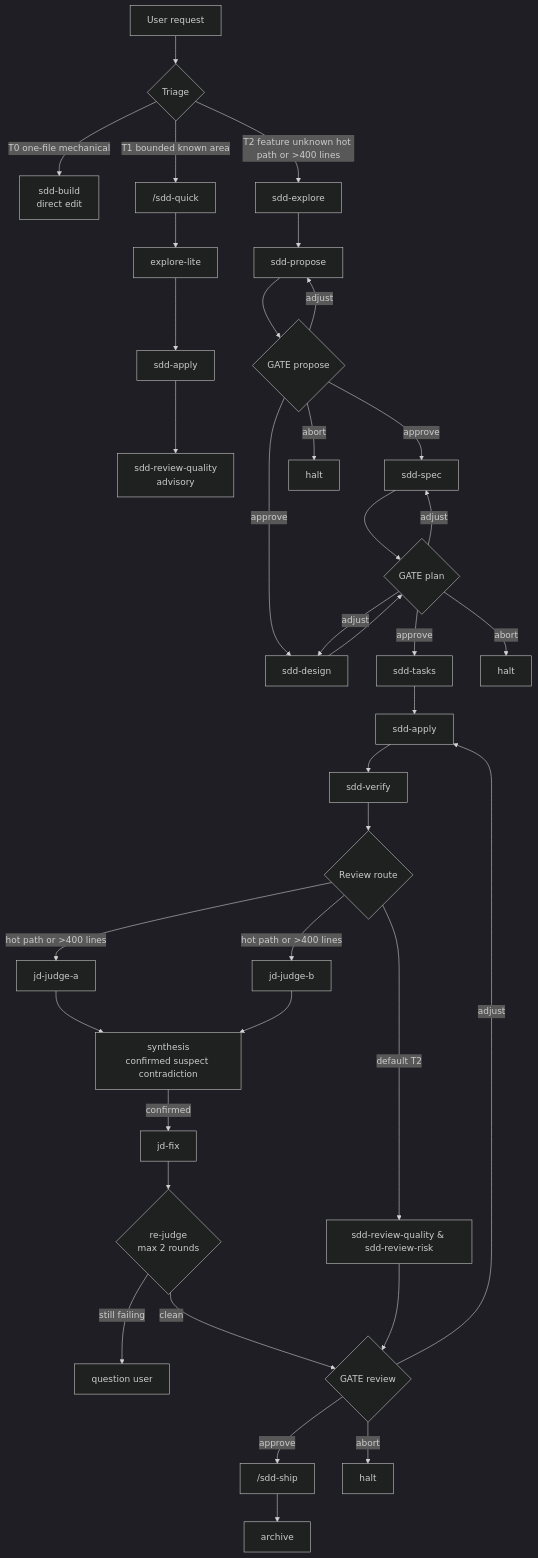
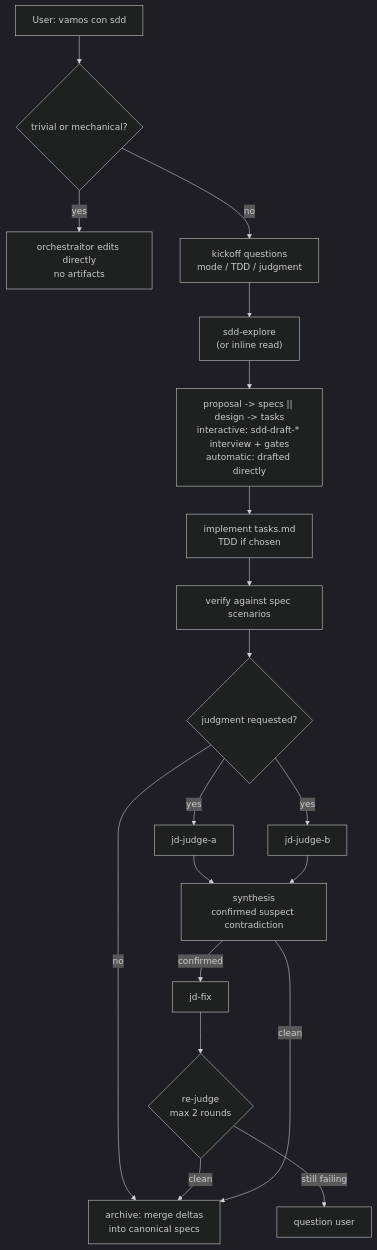
The second of 6 diagrams in docs/harness-flow-map.md (andresnator/agents-orchestrator), drawn with Mermaid (dark theme) before and after one commit. The commit also changed other lines of this file and 41 other files, not shown here.

````diff
--- a/docs/harness-flow-map.md
+++ b/docs/harness-flow-map.md
@@ -114,38 +103,22 @@
 ```mermaid
 flowchart TD
-  Request["User request"] --> Triage{"Triage"}
-  Triage -->|T0 one-file mechanical| T0["sdd-build<br/>direct edit"]
-  Triage -->|T1 bounded known area| T1["/sdd-quick"]
-  Triage -->|T2 feature unknown hot path or >400 lines| Explore["sdd-explore"]
+  Request["User: vamos con sdd"] --> Trivial{"trivial or mechanical?"}
+  Trivial -->|yes| Direct["orchestraitor edits directly<br/>no artifacts"]
+  Trivial -->|no| Kickoff["kickoff questions<br/>mode / TDD / judgment"]
 
-  T1 --> ExploreLite["explore-lite"] --> ApplyLite["sdd-apply"] --> Advisory["sdd-review-quality<br/>advisory"]
-
-  Explore --> Propose["sdd-propose"] --> GatePropose{"GATE propose"}
-  GatePropose -->|approve| Spec["sdd-spec"]
-  GatePropose -->|approve| Design["sdd-design"]
-  GatePropose -->|adjust| Propose
-  GatePropose -->|abort| Stop1["halt"]
-
-  Spec --> GatePlan{"GATE plan"}
-  Design --> GatePlan
-  GatePlan -->|approve| Tasks["sdd-tasks"]
-  GatePlan -->|adjust| Spec
-  GatePlan -->|adjust| Design
-  GatePlan -->|abort| Stop2["halt"]
-
-  Tasks --> Apply["sdd-apply"] --> Verify["sdd-verify"] --> ReviewRoute{"Review route"}
-  ReviewRoute -->|default T2| QualityRisk["sdd-review-quality & sdd-review-risk"]
-  ReviewRoute -->|hot path or >400 lines| JDA2["jd-judge-a"]
-  ReviewRoute -->|hot path or >400 lines| JDB2["jd-judge-b"]
+  Kickoff --> Explore["sdd-explore<br/>(or inline read)"]
+  Explore --> Draft["proposal -> specs || design -> tasks<br/>interactive: sdd-draft-* interview + gates<br/>automatic: drafted directly"]
+  Draft --> Implement["implement tasks.md<br/>TDD if chosen"]
+  Implement --> Verify["verify against spec scenarios"]
+  Verify --> JudgmentRoute{"judgment requested?"}
+  JudgmentRoute -->|no| Archive["archive: merge deltas<br/>into canonical specs"]
+  JudgmentRoute -->|yes| JDA2["jd-judge-a"]
+  JudgmentRoute -->|yes| JDB2["jd-judge-b"]
   JDA2 --> Synth["synthesis<br/>confirmed suspect contradiction"]
   JDB2 --> Synth
   Synth -->|confirmed| Fix["jd-fix"]
   Fix --> Rejudge{"re-judge<br/>max 2 rounds"}
   Rejudge -->|still failing| Escalate["question user"]
-  Rejudge -->|clean| GateReview
-  QualityRisk --> GateReview{"GATE review"}
-  GateReview -->|approve| Ship["/sdd-ship"]
-  GateReview -->|adjust| Apply
-  GateReview -->|abort| Stop3["halt"]
-  Ship --> Archive["archive"]
+  Rejudge -->|clean| Archive
+  Synth -->|clean| Archive
 ```
````
